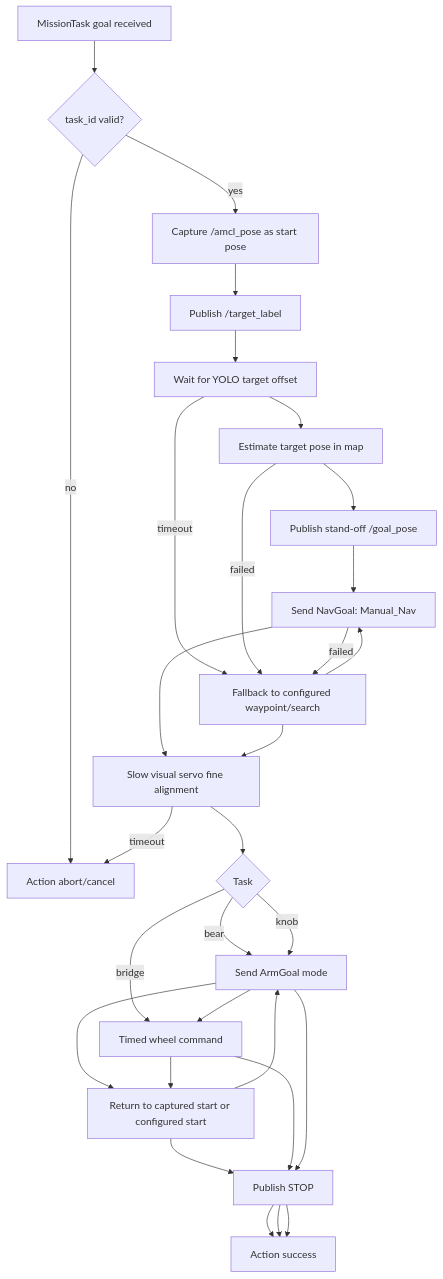
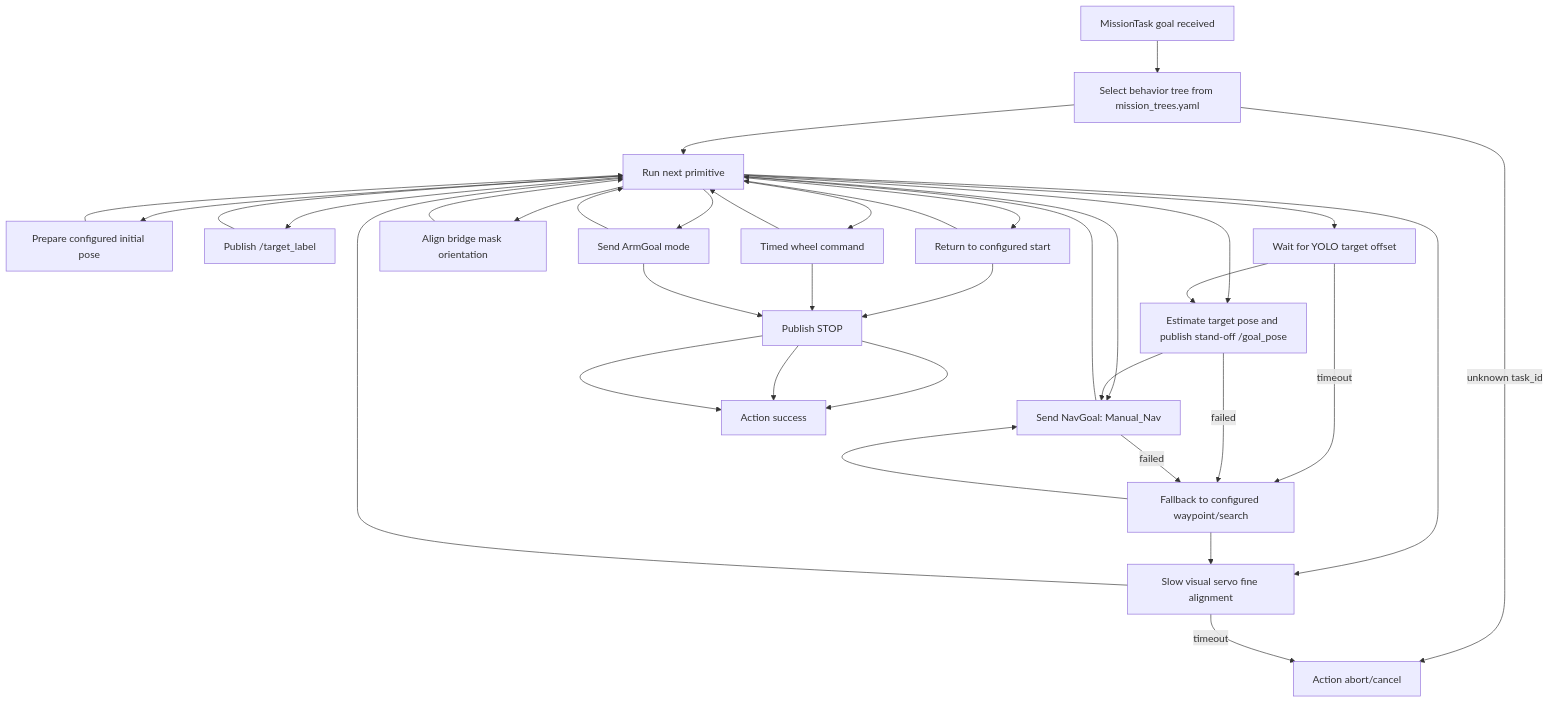
Before and after one commit to Qian-0203/robotic_nav_final: the third of 4 diagrams in docs/project_architecture_review.md, drawn with Mermaid. The commit also changed other lines of this file and 18 other files, not shown here.

Commit message:
turing the task 02 bridge

````diff
--- a/docs/project_architecture_review.md
+++ b/docs/project_architecture_review.md
@@ -111,39 +117,54 @@
 ```mermaid
 flowchart TD
     Start[MissionTask goal received]
-    Validate{task_id valid?}
-    Capture[Capture /amcl_pose as start pose]
+    LoadTree[Select behavior tree from mission_trees.yaml]
+    Primitive[Run next primitive]
+    Prepare[Prepare configured initial pose]
     SetLabel[Publish /target_label]
     Detect[Wait for YOLO target offset]
-    Estimate[Estimate target pose in map]
-    PublishDynamicGoal[Publish stand-off /goal_pose]
+    DynamicGoal[Estimate target pose and publish stand-off /goal_pose]
     SendNav[Send NavGoal: Manual_Nav]
     Fallback[Fallback to configured waypoint/search]
     Servo[Slow visual servo fine alignment]
+    BridgeAlign[Align bridge mask orientation]
     ArmGoal[Send ArmGoal mode]
     TimedDrive[Timed wheel command]
-    ReturnStart[Return to captured start or configured start]
+    ReturnStart[Return to configured start]
     Stop[Publish STOP]
     Done[Action success]
     Fail[Action abort/cancel]
 
-    Start --> Validate
-    Validate -- no --> Fail
-    Validate -- yes --> Capture
-    Capture --> SetLabel --> Detect --> Estimate --> PublishDynamicGoal --> SendNav --> Servo
+    Start --> LoadTree
+    LoadTree -- unknown task_id --> Fail
+    LoadTree --> Primitive
+    Primitive --> Prepare
+    Primitive --> SetLabel
+    Primitive --> Detect
+    Primitive --> DynamicGoal
+    Primitive --> SendNav
+    Primitive --> Servo
+    Primitive --> BridgeAlign
+    Primitive --> TimedDrive
+    Primitive --> ArmGoal
+    Primitive --> ReturnStart
+
+    Detect --> DynamicGoal --> SendNav
     Detect -- timeout --> Fallback
-    Estimate -- failed --> Fallback
+    DynamicGoal -- failed --> Fallback
     SendNav -- failed --> Fallback
     Fallback --> SendNav
     Fallback --> Servo
 
-    Servo --> TaskChoice{Task}
-    TaskChoice -- bear --> ArmGoal --> ReturnStart --> ArmGoal
-    TaskChoice -- bridge --> TimedDrive --> ReturnStart
-    TaskChoice -- knob --> ArmGoal --> TimedDrive
-
+    Prepare --> Primitive
+    SetLabel --> Primitive
+    SendNav --> Primitive
+    Servo --> Primitive
+    BridgeAlign --> Primitive
+    TimedDrive --> Primitive
+    ArmGoal --> Primitive
+    ReturnStart --> Primitive
     ReturnStart --> Stop --> Done
     TimedDrive --> Stop --> Done
     ArmGoal --> Stop --> Done
     Servo -- timeout --> Fail
 ```
````
